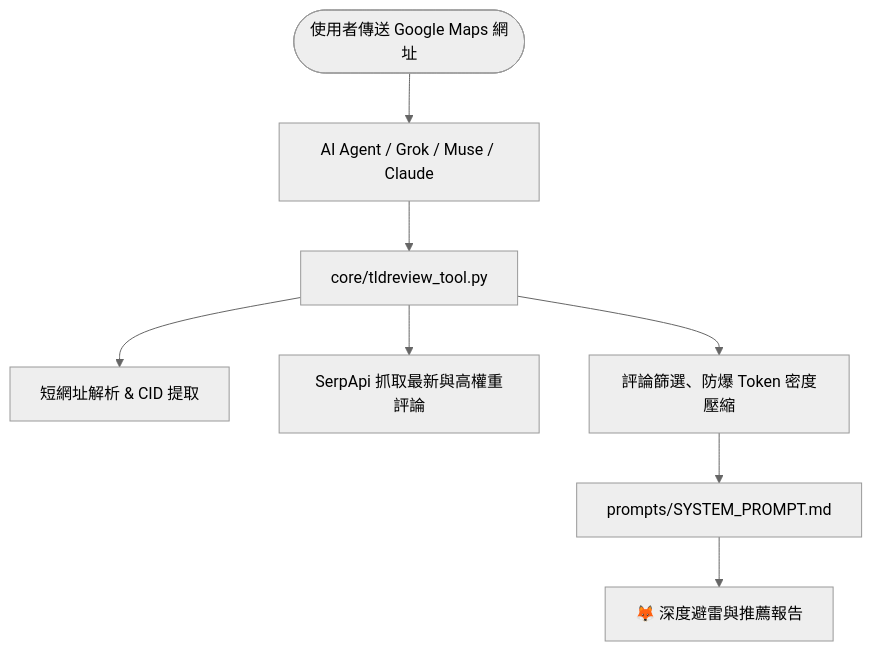
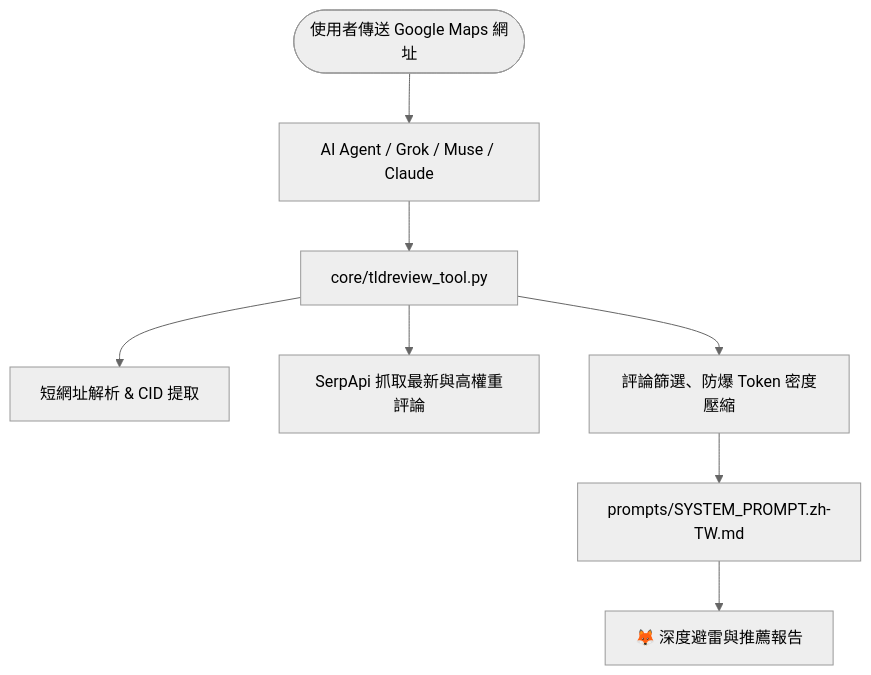
The diagram in README.zh-TW.md (dryden/TLDReview), drawn with Mermaid (neutral theme) before and after one commit. The commit also changed other lines of this file and 22 other files, not shown here.

````diff
--- a/README.zh-TW.md
+++ b/README.zh-TW.md
@@ -99,10 +99,10 @@
 ```mermaid
 graph TD
     User([使用者傳送 Google Maps 網址]) --> Agent[AI Agent / Grok / Muse / Claude]
     Agent --> Core[core/tldreview_tool.py]
     Core --> ShortURL[短網址解析 & CID 提取]
     Core --> SerpApi[SerpApi 抓取最新與高權重評論]
     Core --> Filter[評論篩選、防爆 Token 密度壓縮]
-    Filter --> Prompt[prompts/SYSTEM_PROMPT.md]
+    Filter --> Prompt[prompts/SYSTEM_PROMPT.zh-TW.md]
     Prompt --> Output[🦊 深度避雷與推薦報告]
 ```
````
